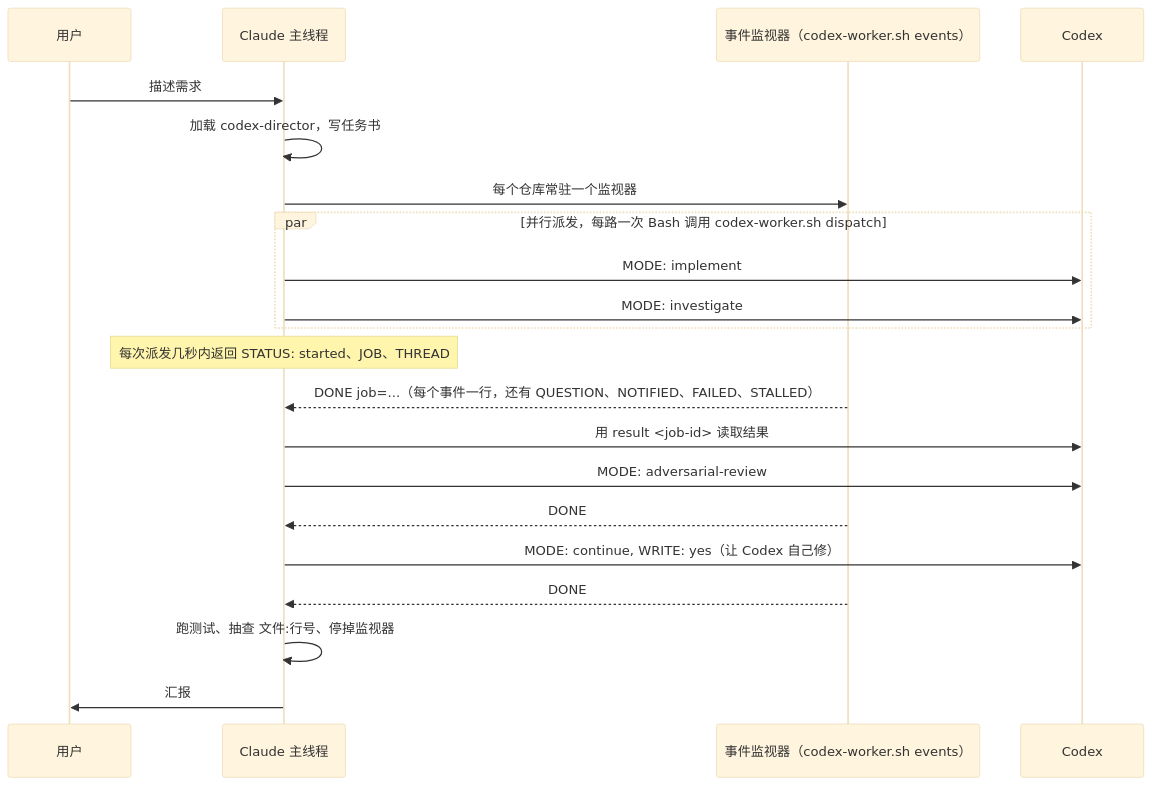
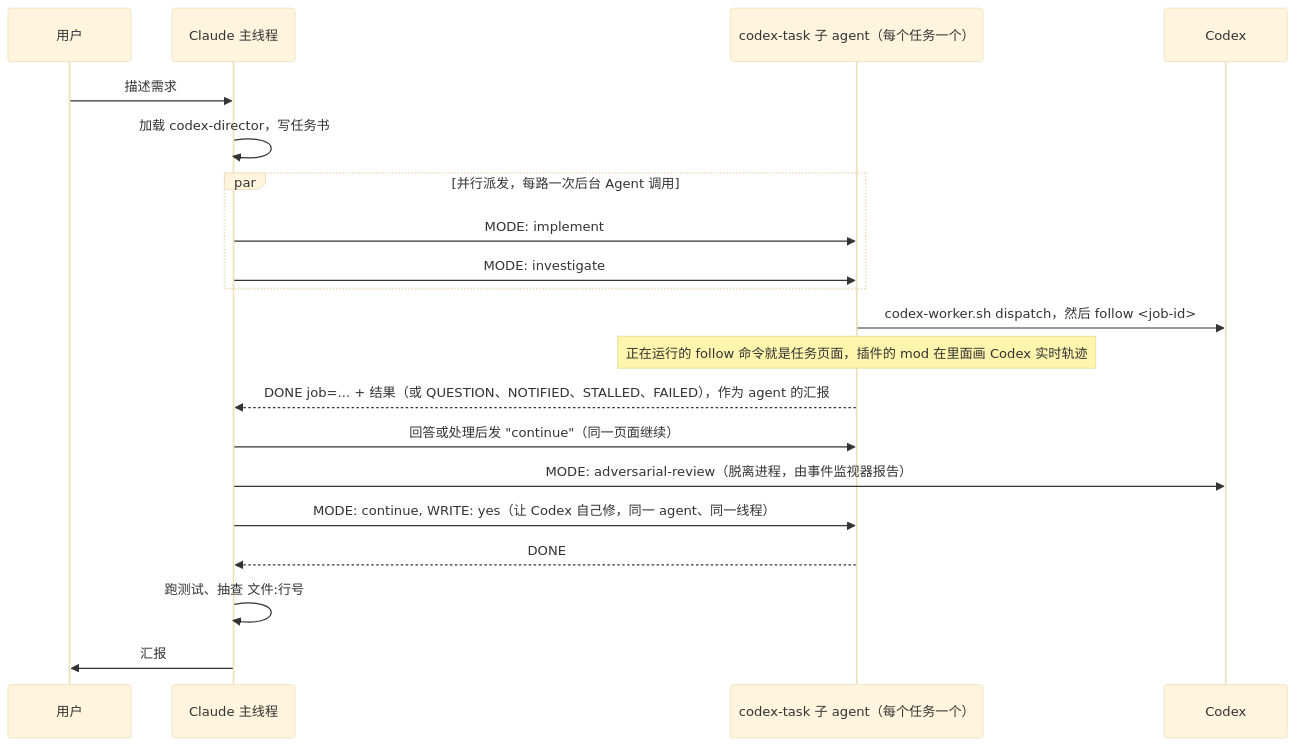
Before and after one commit to y-cruce/code-director: the diagram in README.zh-CN.md, drawn with Mermaid (base theme). The commit also changed other lines of this file and 1 other file, not shown here.

Commit message:
README: codex-task subagent flow, follow and the event monitor as the fallback

````diff
--- a/README.zh-CN.md
+++ b/README.zh-CN.md
@@ -21,24 +22,23 @@
 ```mermaid
 sequenceDiagram
     participant U as 用户
     participant C as Claude 主线程
-    participant M as 事件监视器（codex-worker.sh events）
+    participant A as codex-task 子 agent（每个任务一个）
     participant X as Codex
 
     U->>C: 描述需求
     C->>C: 加载 codex-director，写任务书
-    C->>M: 每个仓库常驻一个监视器
-    par 并行派发，每路一次 Bash 调用 codex-worker.sh dispatch
-        C->>X: MODE: implement
-        C->>X: MODE: investigate
+    par 并行派发，每路一次后台 Agent 调用
+        C->>A: MODE: implement
+        C->>A: MODE: investigate
     end
-    Note over C: 每次派发几秒内返回 STATUS: started、JOB、THREAD
-    M-->>C: DONE job=...（每个事件一行，还有 QUESTION、NOTIFIED、FAILED、STALLED）
-    C->>X: 用 result <job-id> 读取结果
-    C->>X: MODE: adversarial-review
-    M-->>C: DONE
-    C->>X: MODE: continue, WRITE: yes（让 Codex 自己修）
-    M-->>C: DONE
-    C->>C: 跑测试、抽查 文件:行号、停掉监视器
+    A->>X: codex-worker.sh dispatch，然后 follow <job-id>
+    Note over A: 正在运行的 follow 命令就是任务页面，插件的 mod 在里面画 Codex 实时轨迹
+    A-->>C: DONE job=... + 结果（或 QUESTION、NOTIFIED、STALLED、FAILED），作为 agent 的汇报
+    C->>A: 回答或处理后发 "continue"（同一页面继续）
+    C->>X: MODE: adversarial-review（脱离进程，由事件监视器报告）
+    C->>A: MODE: continue, WRITE: yes（让 Codex 自己修，同一 agent、同一线程）
+    A-->>C: DONE
+    C->>C: 跑测试、抽查 文件:行号
     C->>U: 汇报
 ```
````
